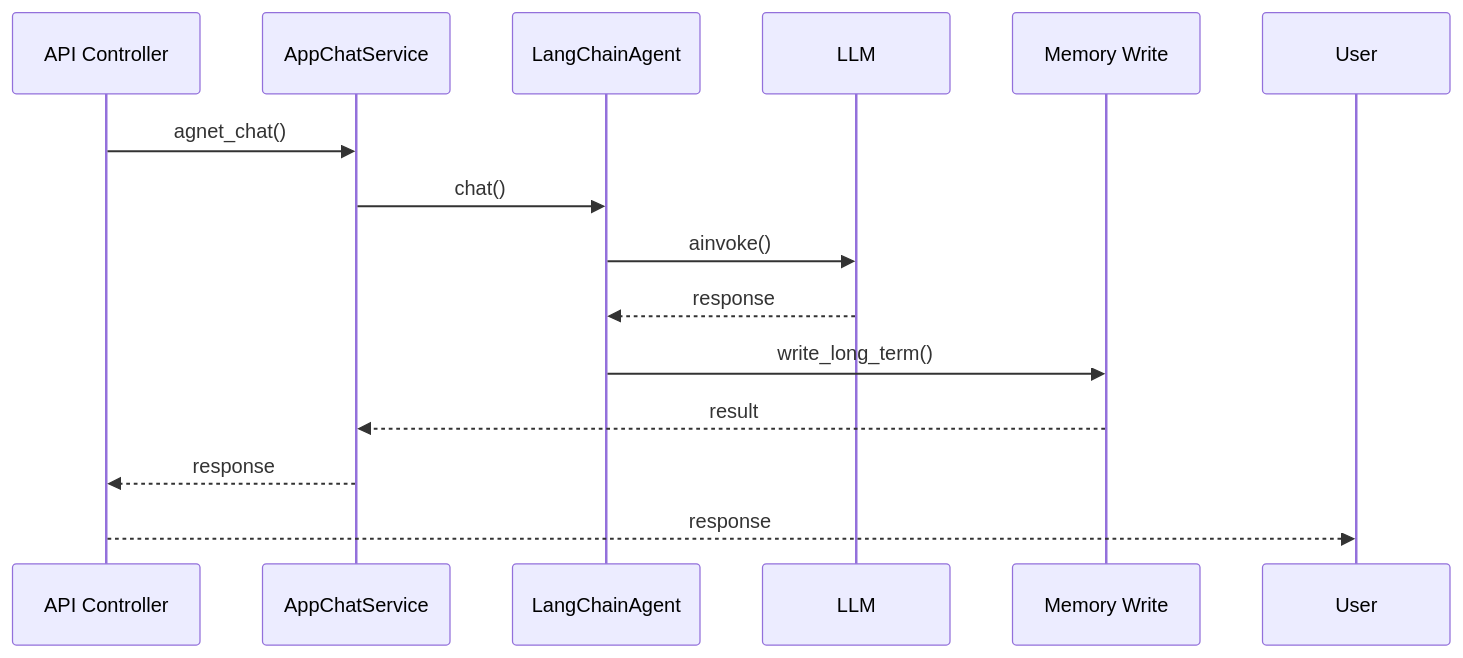
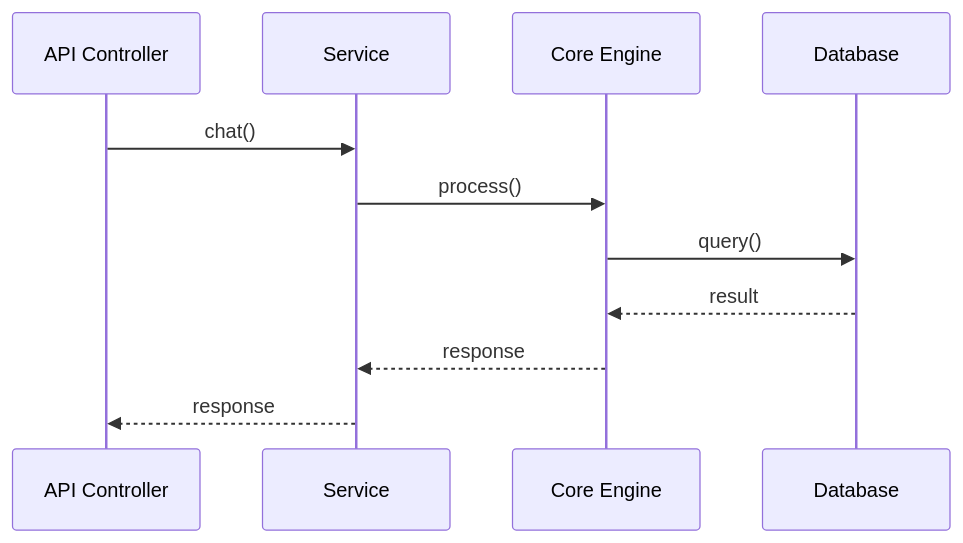
The diagram in GitHub/research-methodology.md (qudi17/ai-knowledge-base), drawn with Mermaid before and after one commit. The commit also changed other lines of this file and 1 other file, not shown here.

````diff
--- a/GitHub/research-methodology.md
+++ b/GitHub/research-methodology.md
@@ -126,17 +230,14 @@
 ```mermaid
 sequenceDiagram
     participant API as API Controller
-    participant Service as AppChatService
-    participant Agent as LangChainAgent
-    participant LLM as LLM
-    participant Memory as Memory Write
+    participant Service as Service
+    participant Core as Core Engine
+    participant DB as Database
     
-    API->>Service: agnet_chat()
-    Service->>Agent: chat()
-    Agent->>LLM: ainvoke()
-    LLM-->>Agent: response
-    Agent->>Memory: write_long_term()
-    Memory-->>Service: result
+    API->>Service: chat()
+    Service->>Core: process()
+    Core->>DB: query()
+    DB-->>Core: result
+    Core-->>Service: response
     Service-->>API: response
-    API-->>User: response
 ```
````
